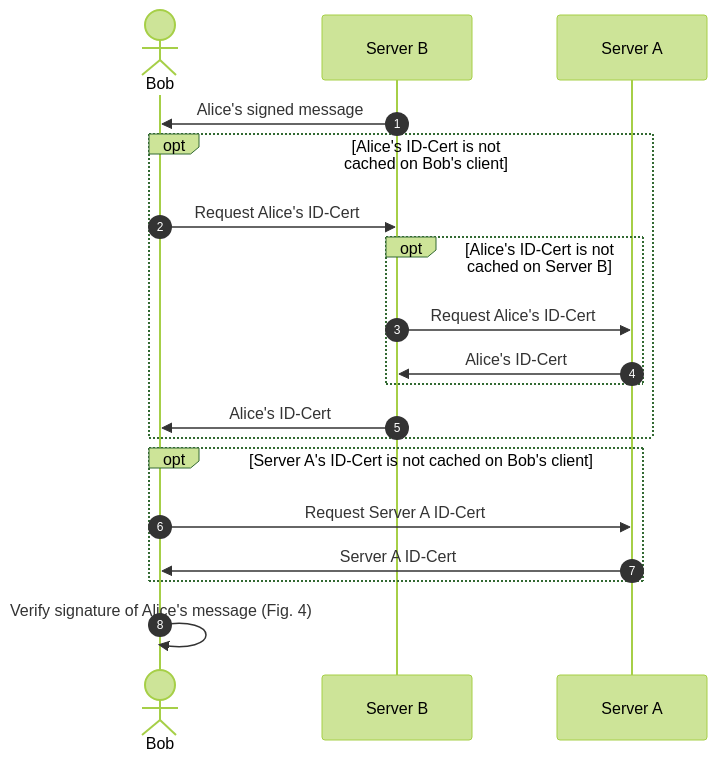
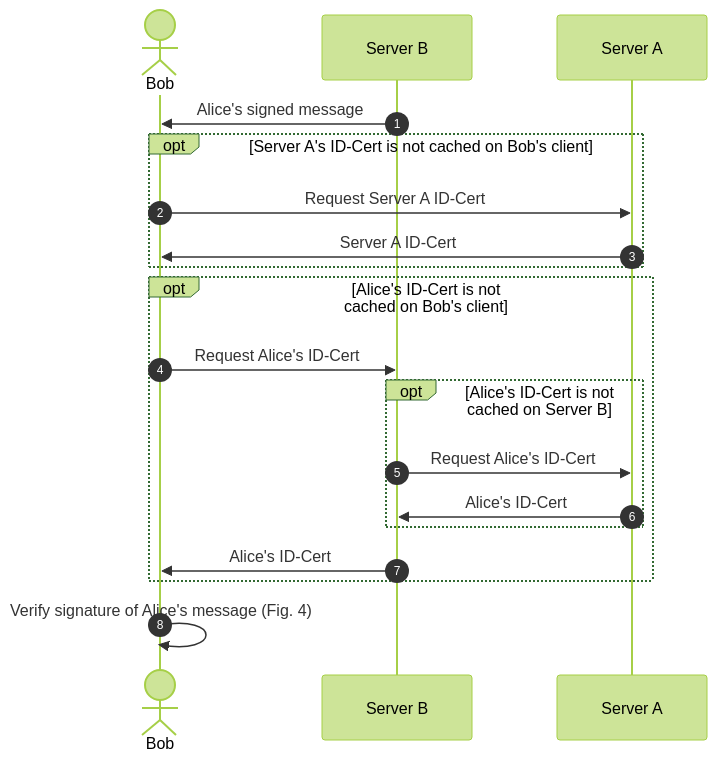
The third of 8 diagrams in docs/Protocol Specifications/core.md (polyphony-chat/docs), drawn with Mermaid (forest theme) before and after one commit. The commit also changed other lines of this file, not shown here.

````diff
--- a/docs/Protocol Specifications/core.md
+++ b/docs/Protocol Specifications/core.md
@@ -638,23 +645,23 @@
 ```mermaid
 sequenceDiagram
 autonumber
 
 actor b as Bob
 participant sb as Server B
 participant sa as Server A
 
 sb->>b: Alice's signed message
+opt Server A's ID-Cert is not cached on Bob's client
+  b->>sa: Request Server A ID-Cert
+  sa->>b: Server A ID-Cert
+end
 opt Alice's ID-Cert is not cached on Bob's client
   b->>sb: Request Alice's ID-Cert
   opt Alice's ID-Cert is not cached on Server B
   sb->>sa: Request Alice's ID-Cert
   sa->>sb: Alice's ID-Cert
   end
   sb->>b: Alice's ID-Cert
 end
-opt Server A's ID-Cert is not cached on Bob's client
-  b->>sa: Request Server A ID-Cert
-  sa->>b: Server A ID-Cert
-end
 b->>b: Verify signature of Alice's message (Fig. 4)
 ```
````
